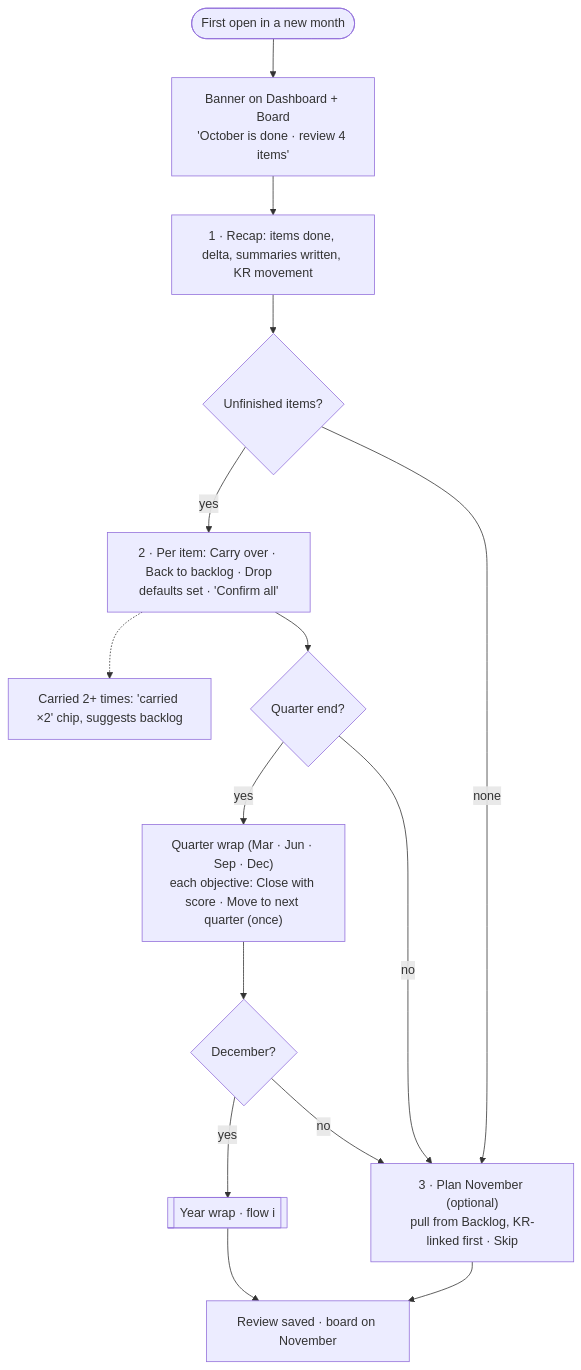
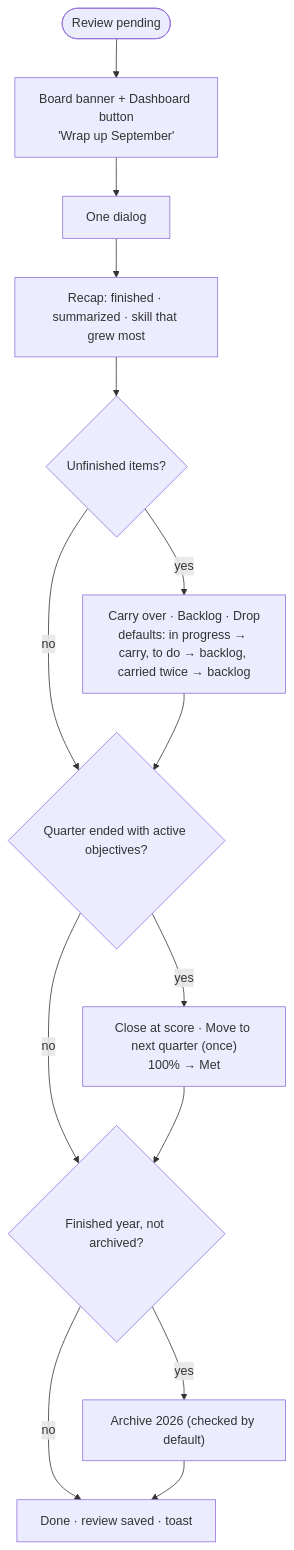
One commit to amojahedi/growloop changed the seventh of 9 diagrams in docs/design/ux-flows.md. Above: the diagram before and after it, drawn with Mermaid. The commit also changed other lines of this file and 20 other files, not shown here.

````diff
--- a/docs/design/ux-flows.md
+++ b/docs/design/ux-flows.md
@@ -288,18 +232,16 @@
 ```mermaid
 flowchart TD
-  t(["First open in a new month"]) --> ban["Banner on Dashboard + Board<br/>'October is done · review 4 items'"]
-  ban --> r1["1 · Recap: items done, delta, summaries written, KR movement"]
+  t(["Review pending"]) --> ban["Board banner + Dashboard button<br/>'Wrap up September'"]
+  ban --> dlg["One dialog"]
+  dlg --> r1["Recap: finished · summarized · skill that grew most"]
   r1 --> un{"Unfinished items?"}
-  un -->|"none"| r3
-  un -->|"yes"| r2["2 · Per item: Carry over · Back to backlog · Drop<br/>defaults set · 'Confirm all'"]
-  r2 -.-> cx["Carried 2+ times: 'carried ×2' chip, suggests backlog"]
-  r2 --> qe{"Quarter end?"}
-  qe -->|"yes"| qw["Quarter wrap (Mar · Jun · Sep · Dec)<br/>each objective: Close with score · Move to next quarter (once)"]
-  qe -->|"no"| r3
-  qw --> ye{"December?"}
-  ye -->|"yes"| yw[["Year wrap · flow i"]]
-  ye -->|"no"| r3
-  r3["3 · Plan November (optional)<br/>pull from Backlog, KR-linked first · Skip"]
-  r3 --> fin["Review saved · board on November"]
-  yw --> fin
+  un -->|"yes"| r2["Carry over · Backlog · Drop<br/>defaults: in progress → carry, to do → backlog, carried twice → backlog"]
+  un -->|"no"| qe
+  r2 --> qe{"Quarter ended with active objectives?"}
+  qe -->|"yes"| qw["Close at score · Move to next quarter (once)<br/>100% → Met"]
+  qe -->|"no"| ye
+  qw --> ye{"Finished year, not archived?"}
+  ye -->|"yes"| yw["Archive 2026 (checked by default)"]
+  ye -->|"no"| fin
+  yw --> fin["Done · review saved · toast"]
 ```
````
